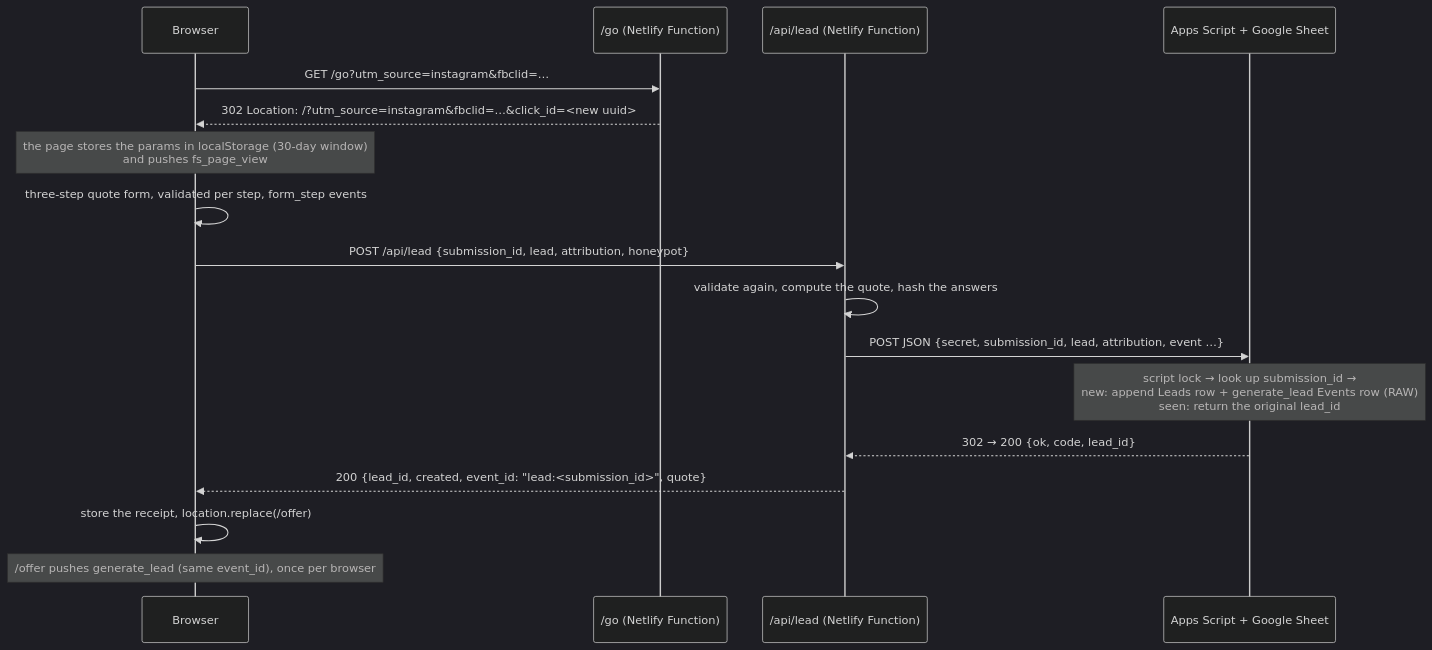
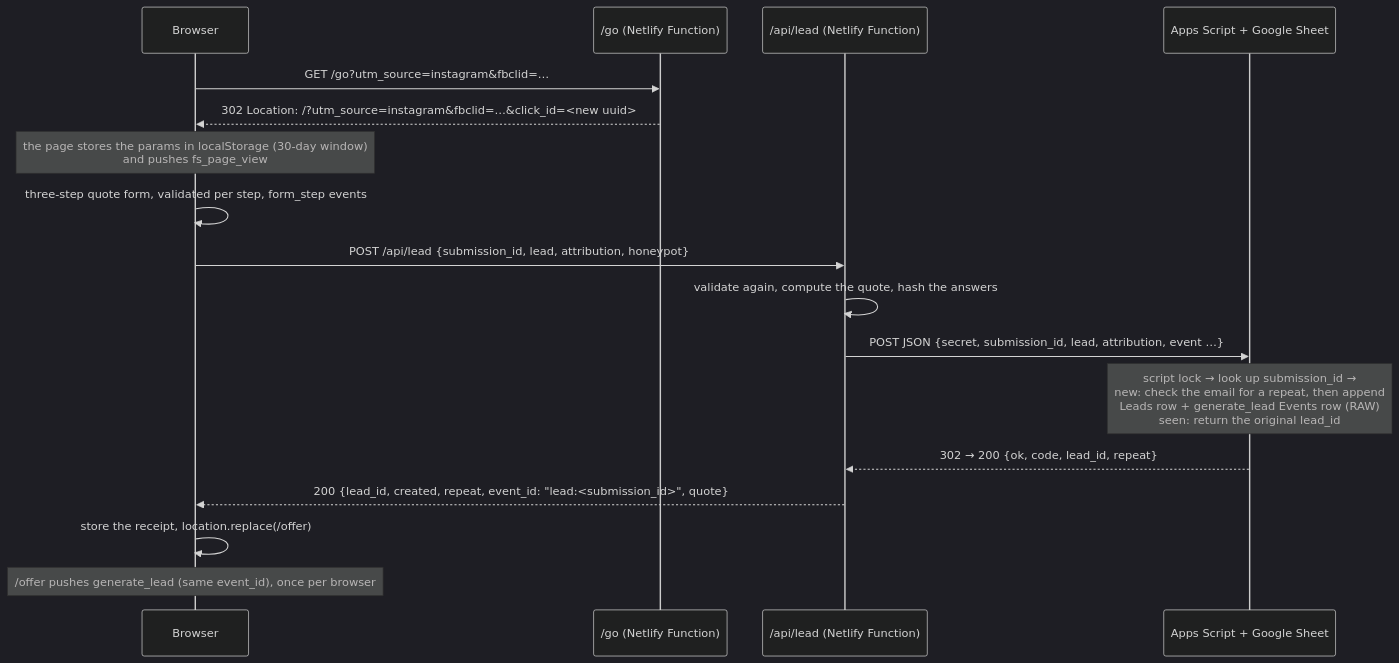
One commit to ASidlinskiy/fernsure-showcase changed the diagram in README.md. Above: the diagram before and after it, drawn with Mermaid (dark theme). The commit also changed other lines of this file and 4 other files, not shown here.

First line of the commit message:
Describe repeat-lead flagging and refresh the excerpts

````diff
--- a/README.md
+++ b/README.md
@@ -49,19 +57,19 @@
 ```mermaid
 sequenceDiagram
     participant B as Browser
     participant G as /go (Netlify Function)
     participant L as /api/lead (Netlify Function)
     participant S as Apps Script + Google Sheet
     B->>G: GET /go?utm_source=instagram&fbclid=…
     G-->>B: 302 Location: /?utm_source=instagram&fbclid=…&click_id=<new uuid>
     Note over B: the page stores the params in localStorage (30-day window)<br/>and pushes fs_page_view
     B->>B: three-step quote form, validated per step, form_step events
     B->>L: POST /api/lead {submission_id, lead, attribution, honeypot}
     L->>L: validate again, compute the quote, hash the answers
     L->>S: POST JSON {secret, submission_id, lead, attribution, event …}
-    Note over S: script lock → look up submission_id →<br/>new: append Leads row + generate_lead Events row (RAW)<br/>seen: return the original lead_id
-    S-->>L: 302 → 200 {ok, code, lead_id}
-    L-->>B: 200 {lead_id, created, event_id: "lead:<submission_id>", quote}
+    Note over S: script lock → look up submission_id →<br/>new: check the email for a repeat, then append<br/>Leads row + generate_lead Events row (RAW)<br/>seen: return the original lead_id
+    S-->>L: 302 → 200 {ok, code, lead_id, repeat}
+    L-->>B: 200 {lead_id, created, repeat, event_id: "lead:<submission_id>", quote}
     B->>B: store the receipt, location.replace(/offer)
     Note over B: /offer pushes generate_lead (same event_id), once per browser
 ```
````
